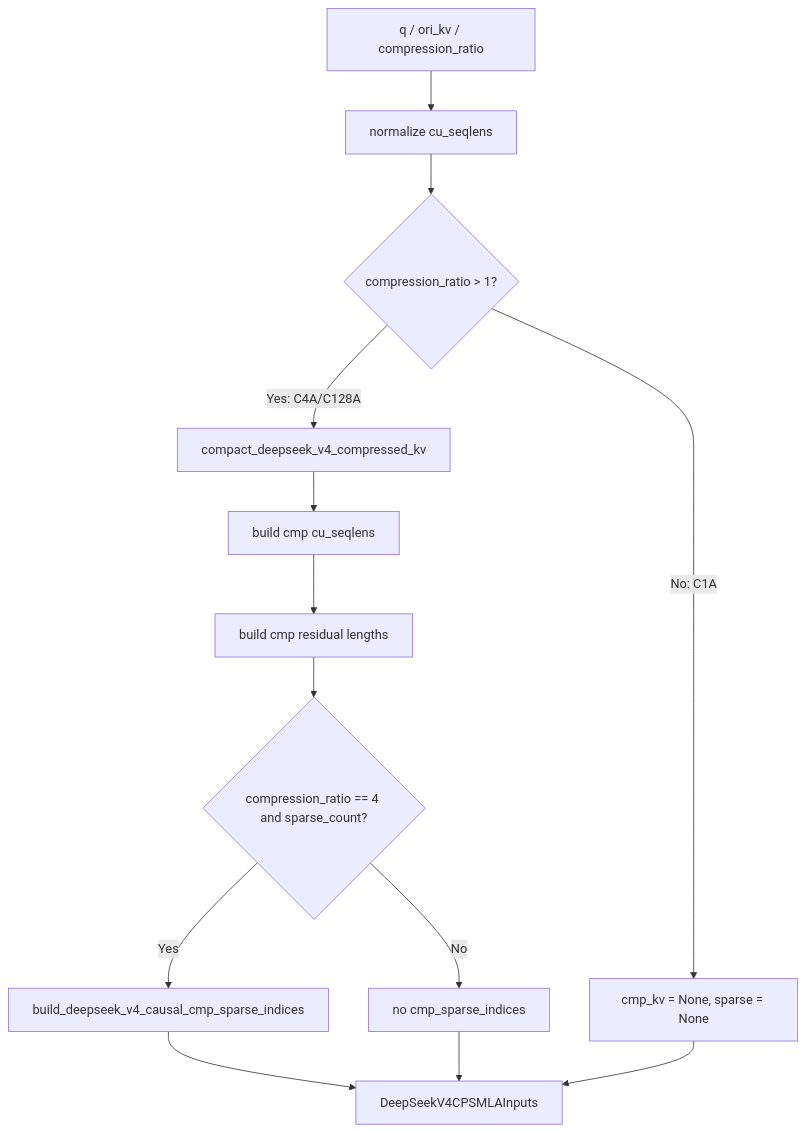
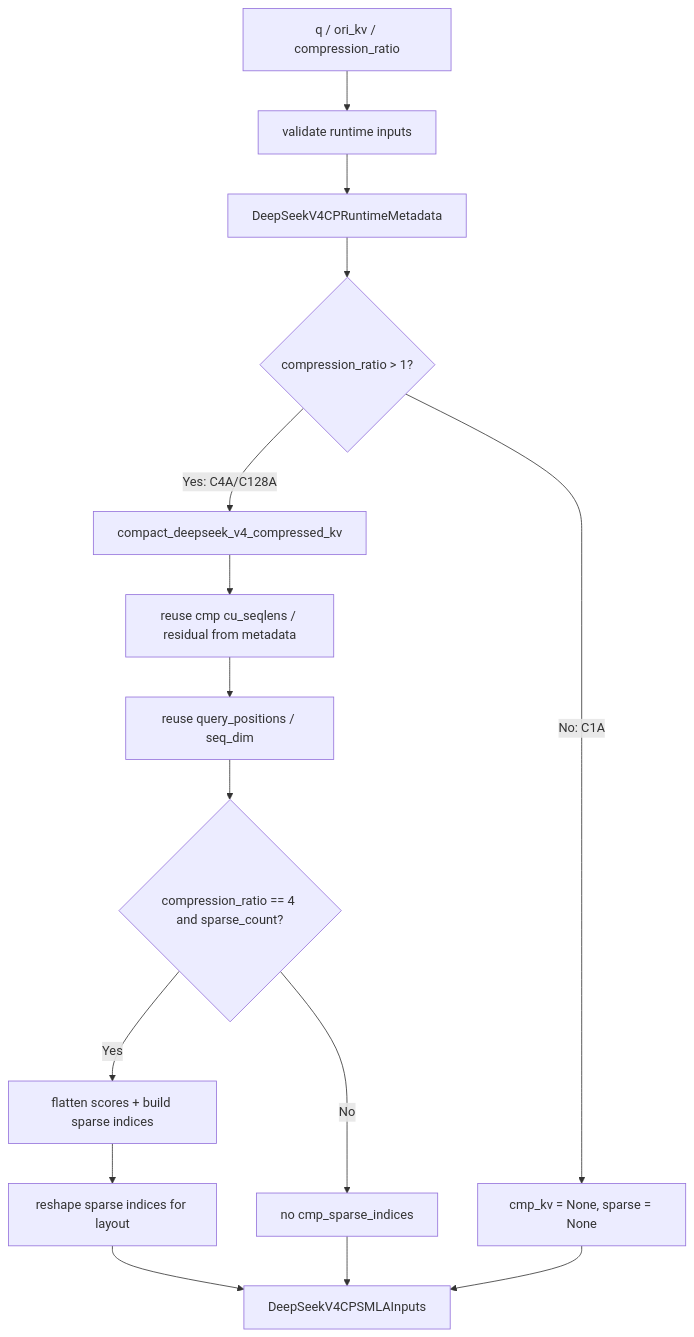
Before and after one commit to ChemLez/Megatron-Note: the fifth of 9 diagrams in features/context_parallel/chapter-03-mindspeed-deepseek-v4-context-parallel.md, drawn with Mermaid. The commit also changed other lines of this file and 1 other file, not shown here.

Commit message:
docs: expand deepseek v4 cp integration notes

````diff
--- a/features/context_parallel/chapter-03-mindspeed-deepseek-v4-context-parallel.md
+++ b/features/context_parallel/chapter-03-mindspeed-deepseek-v4-context-parallel.md
@@ -374,15 +591,17 @@
 ```mermaid
 flowchart TD
-    A["q / ori_kv / compression_ratio"] --> B["normalize cu_seqlens"]
-    B --> C{"compression_ratio > 1?"}
+    A["q / ori_kv / compression_ratio"] --> B["validate runtime inputs"]
+    B --> B1["DeepSeekV4CPRuntimeMetadata"]
+    B1 --> C{"compression_ratio > 1?"}
     C -- "No: C1A" --> D["cmp_kv = None, sparse = None"]
     C -- "Yes: C4A/C128A" --> E["compact_deepseek_v4_compressed_kv"]
-    E --> F["build cmp cu_seqlens"]
-    F --> G["build cmp residual lengths"]
+    E --> F["reuse cmp cu_seqlens / residual from metadata"]
+    F --> G["reuse query_positions / seq_dim"]
     G --> H{"compression_ratio == 4 and sparse_count?"}
-    H -- "Yes" --> I["build_deepseek_v4_causal_cmp_sparse_indices"]
+    H -- "Yes" --> I["flatten scores + build sparse indices"]
+    I --> I1["reshape sparse indices for layout"]
     H -- "No" --> J["no cmp_sparse_indices"]
-    I --> K["DeepSeekV4CPSMLAInputs"]
+    I1 --> K["DeepSeekV4CPSMLAInputs"]
     J --> K
     D --> K
 ```
````
